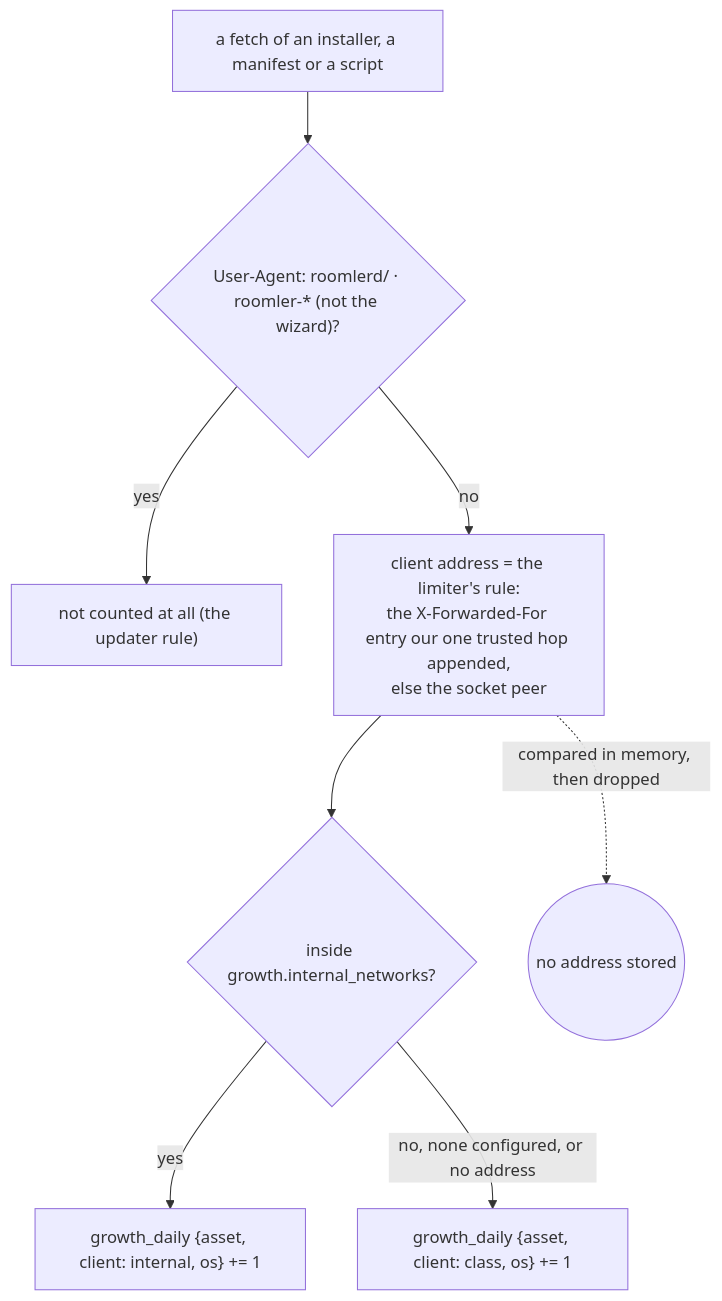
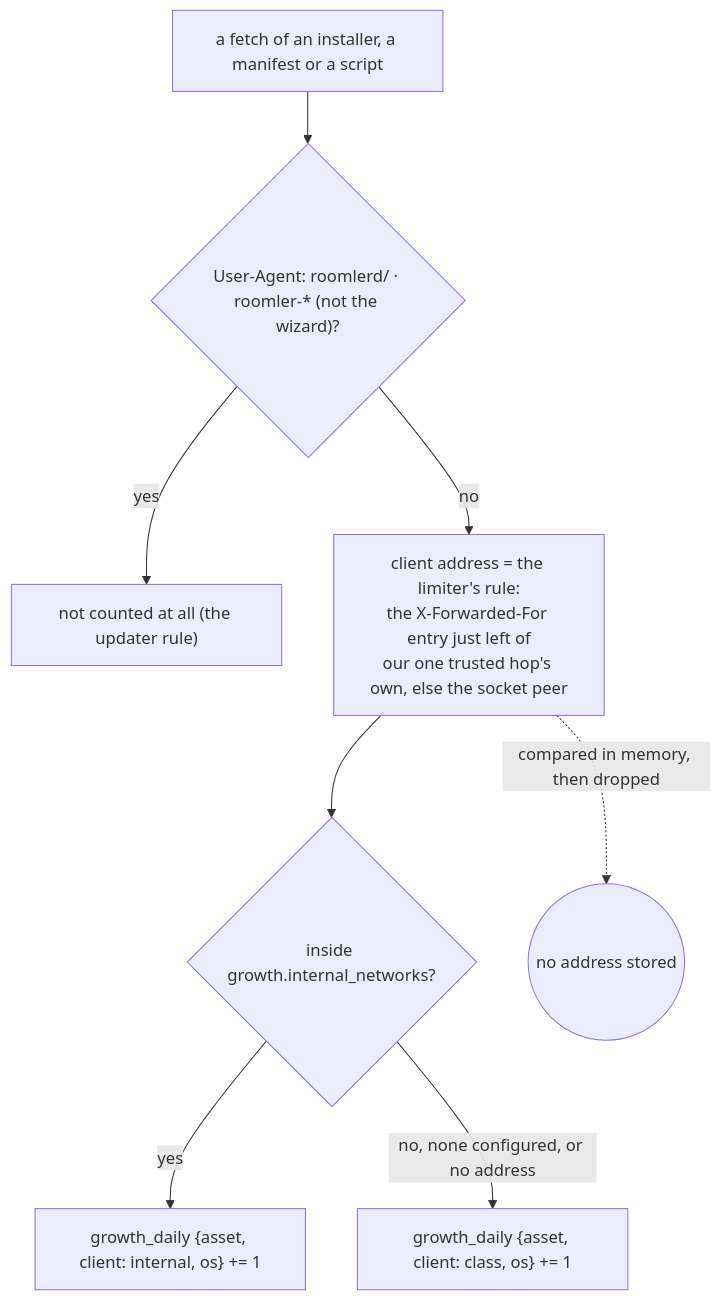
Before and after one commit to gjovanov/roomler-ai: the seventh of 17 diagrams in docs/growth-observability.md, drawn with Mermaid. The commit also changed other lines of this file and 5 other files, not shown here.

````diff
--- a/docs/growth-observability.md
+++ b/docs/growth-observability.md
@@ -409,10 +409,10 @@
 ```mermaid
 flowchart TD
   F["a fetch of an installer, a manifest or a script"] --> U{"User-Agent: roomlerd/ · roomler-* (not the wizard)?"}
   U -->|yes| N["not counted at all (the updater rule)"]
-  U -->|no| A["client address = the limiter's rule:<br/>the X-Forwarded-For entry our one trusted hop appended,<br/>else the socket peer"]
+  U -->|no| A["client address = the limiter's rule:<br/>the X-Forwarded-For entry just left of<br/>our one trusted hop's own, else the socket peer"]
   A --> I{"inside growth.internal_networks?"}
   I -->|yes| INT["growth_daily {asset, client: internal, os} += 1"]
   I -->|"no, none configured, or no address"| CL["growth_daily {asset, client: class, os} += 1"]
   A -. "compared in memory, then dropped" .-> X(("no address stored"))
 ```
````
